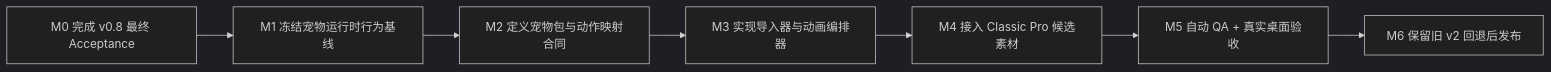
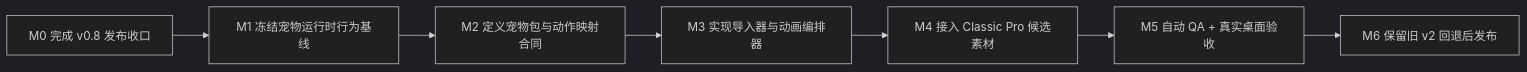
The fourth of 4 diagrams in doc/releases/v0.8/pet-animation-next-version-review.md (NzyZzz1998/LetsMakeMoney), drawn with Mermaid (dark theme) before and after one commit. The commit also changed other lines of this file and 7 other files, not shown here.

````diff
--- a/doc/releases/v0.8/pet-animation-next-version-review.md
+++ b/doc/releases/v0.8/pet-animation-next-version-review.md
@@ -189,9 +189,9 @@
 ```mermaid
 flowchart LR
-    M0["M0 完成 v0.8 最终 Acceptance"] --> M1["M1 冻结宠物运行时行为基线"]
+    M0["M0 完成 v0.8 发布收口"] --> M1["M1 冻结宠物运行时行为基线"]
     M1 --> M2["M2 定义宠物包与动作映射合同"]
     M2 --> M3["M3 实现导入器与动画编排器"]
     M3 --> M4["M4 接入 Classic Pro 候选素材"]
     M4 --> M5["M5 自动 QA + 真实桌面验收"]
     M5 --> M6["M6 保留旧 v2 回退后发布"]
 ```
````
